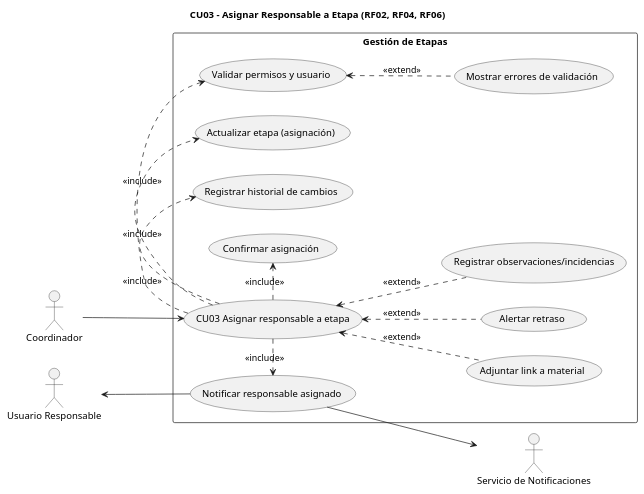
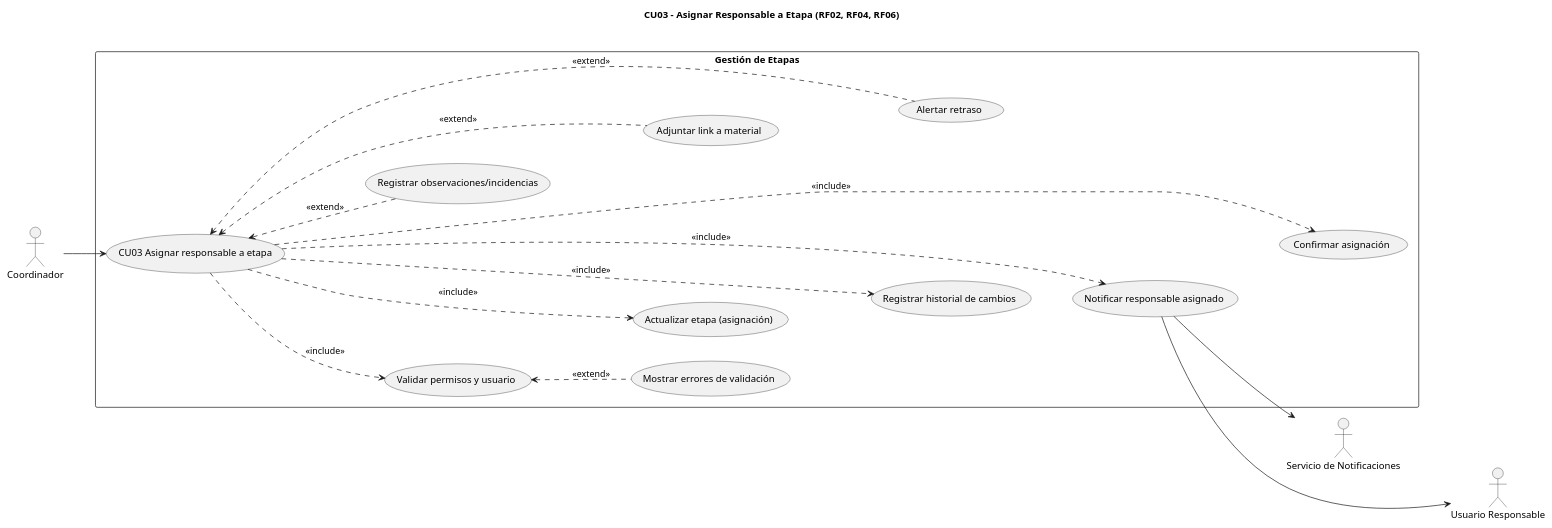
Before and after one commit to dantebiondi666-prog/SistemaProductoraVideos: the diagram in diagramas/02-casos-de-uso/02-caso-uso-asignar-responsable-etapa-03.puml, drawn with PlantUML. The commit also changed 13 other files, not shown here.

Commit message:
correccion de estructura de flechas de los diagramas de caso de uso

```diff
--- a/diagramas/02-casos-de-uso/02-caso-uso-asignar-responsable-etapa-03.puml
+++ b/diagramas/02-casos-de-uso/02-caso-uso-asignar-responsable-etapa-03.puml
@@ -1,39 +1,56 @@
 @startuml Asignar_Responsable_a_Etapa
 title CU03 – Asignar Responsable a Etapa (RF02, RF04, RF06)
 left to right direction
 
 actor Coordinador
 actor "Usuario Responsable" as Responsable
 actor "Servicio de Notificaciones" as Notif
 
 rectangle "Gestión de Etapas" {
   usecase "CU03 Asignar responsable a etapa" as CU03
+
   usecase "Validar permisos y usuario" as UC_Validar
   usecase "Actualizar etapa (asignación)" as UC_Actualizar
   usecase "Registrar historial de cambios" as UC_Historial
   usecase "Notificar responsable asignado" as UC_Notificar
   usecase "Confirmar asignación" as UC_Confirmar
+
   usecase "Mostrar errores de validación" as UC_Errores
   usecase "Registrar observaciones/incidencias" as UC_Obs
   usecase "Adjuntar link a material" as UC_Link
   usecase "Alertar retraso" as UC_Retraso
+
+  ' --- Flechas ocultas para ordenar y evitar cruces ---
+  CU03 -[hidden]-> UC_Validar
+  UC_Validar   -[hidden]-> UC_Actualizar
+  UC_Actualizar-[hidden]-> UC_Historial
+  UC_Historial -[hidden]-> UC_Notificar
+  UC_Notificar -[hidden]-> UC_Confirmar
+
+  UC_Errores -[hidden]-> UC_Validar
+
+  UC_Obs  -[hidden]-> UC_Link
+  UC_Link -[hidden]-> UC_Retraso
 }
 
 Coordinador --> CU03
 
 CU03 .> UC_Validar    : <<include>>
 CU03 .> UC_Actualizar : <<include>>
 CU03 .> UC_Historial  : <<include>>
 CU03 .> UC_Notificar  : <<include>>
 CU03 .> UC_Confirmar  : <<include>>
 
 UC_Validar <.. UC_Errores : <<extend>>
 
-CU03 <.. UC_Obs    : <<extend>> 
-CU03 <.. UC_Link   : <<extend>> 
-CU03 <.. UC_Retraso: <<extend>> 
+CU03 <.. UC_Obs     : <<extend>>
+CU03 <.. UC_Link    : <<extend>>
+CU03 <.. UC_Retraso : <<extend>>
 
 UC_Notificar --> Notif
-Responsable <-- UC_Notificar
+Responsable  <-- UC_Notificar
+
+' --- Flecha oculta extra para espaciar actores externos ---
+Notif -[hidden]-> Responsable
 
 @enduml
```
